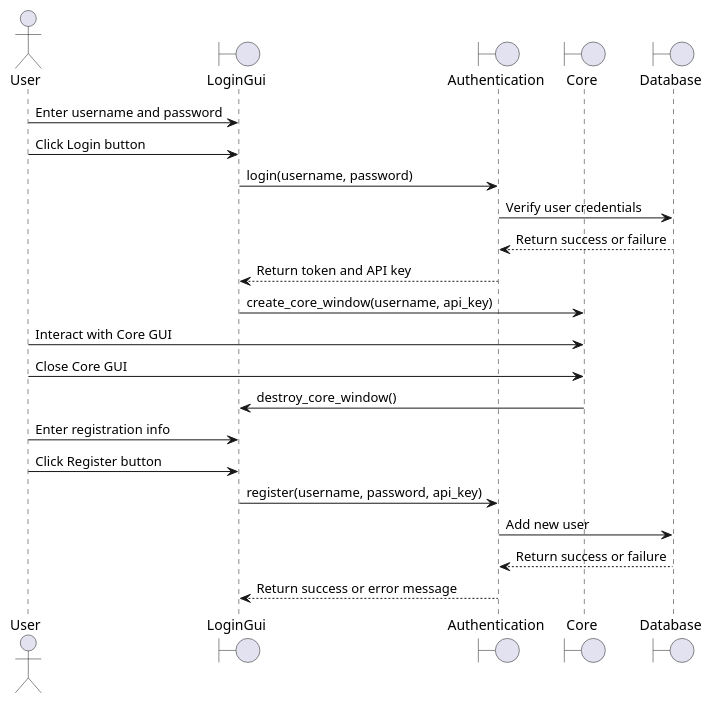
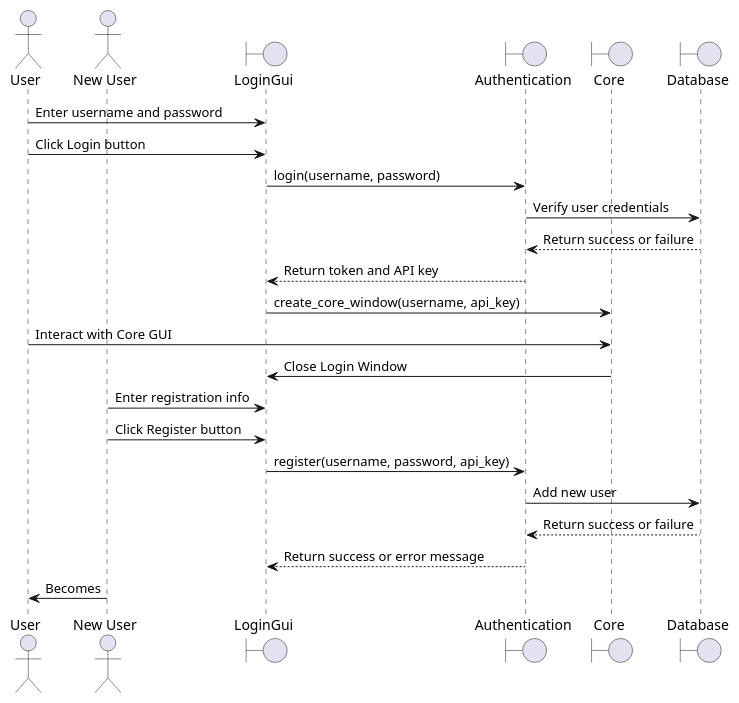
Before and after one commit to sjackedwards/3155-Project: the diagram in sequences/login.puml, drawn with PlantUML. The commit also changed other lines of this file and 1 other file, not shown here.

Commit message:
Updated login sequences

```diff
--- a/sequences/login.puml
+++ b/sequences/login.puml
@@ -1,27 +1,28 @@
 @startuml
 actor User
+actor "New User"
 
 boundary LoginGui
 boundary Authentication
 boundary Core
 boundary Database
 
 User -> LoginGui : Enter username and password
 User -> LoginGui : Click Login button
 LoginGui -> Authentication : login(username, password)
 Authentication -> Database : Verify user credentials
 Database --> Authentication : Return success or failure
 Authentication --> LoginGui : Return token and API key
 LoginGui -> Core : create_core_window(username, api_key)
 User -> Core : Interact with Core GUI
-User -> Core : Close Core GUI
-Core -> LoginGui : destroy_core_window()
+Core -> LoginGui : Close Login Window
 
-User -> LoginGui : Enter registration info
-User -> LoginGui : Click Register button
+"New User" -> LoginGui : Enter registration info
+"New User" -> LoginGui : Click Register button
 LoginGui -> Authentication : register(username, password, api_key)
 Authentication -> Database : Add new user
 Database --> Authentication : Return success or failure
 Authentication --> LoginGui : Return success or error message
+"New User" -> User : Becomes
 
 @enduml
```
